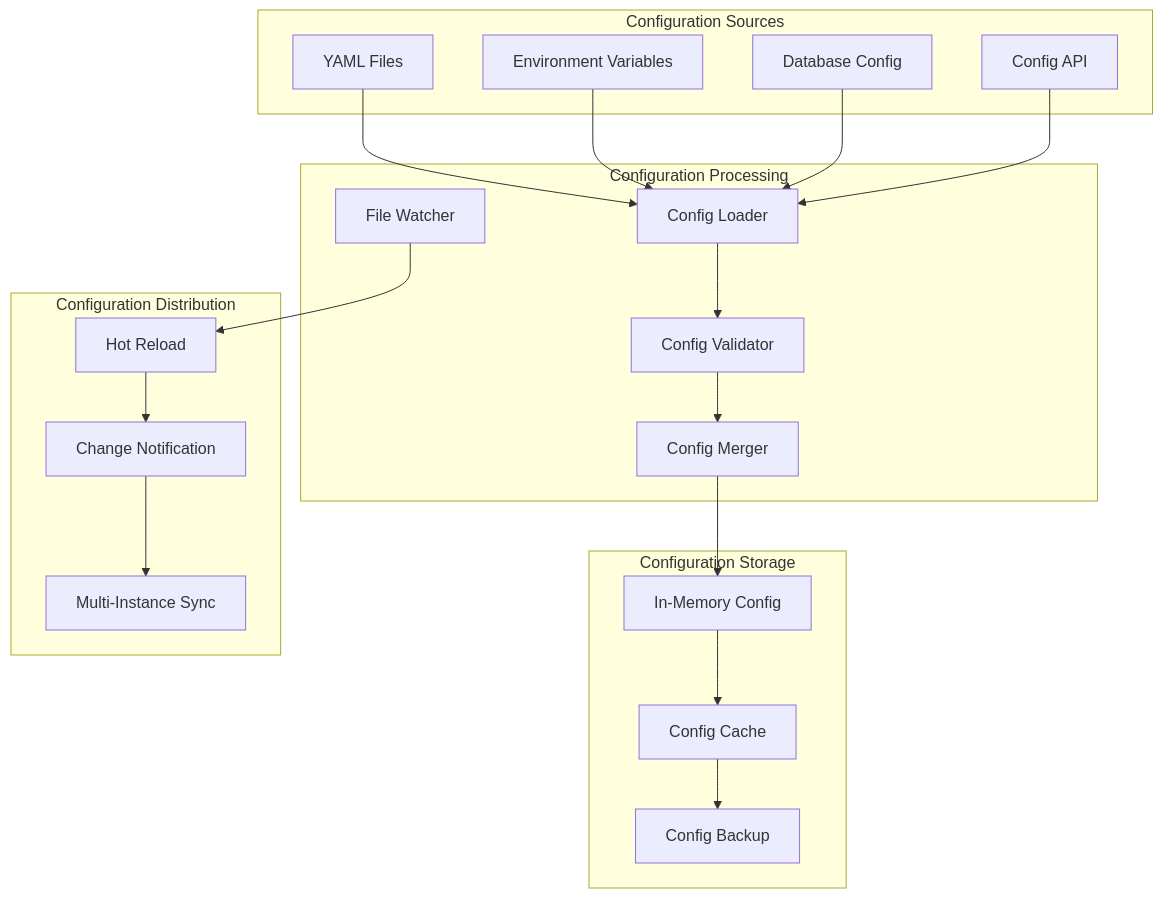
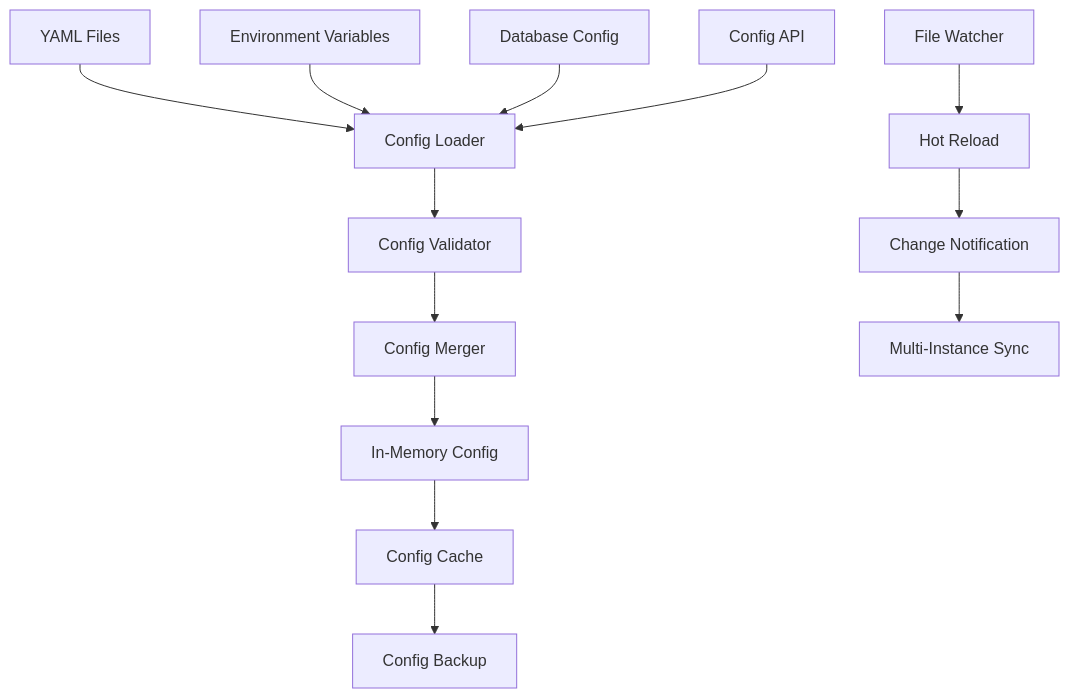
One commit to fluxsce/gateway changed the seventh of 16 diagrams in docs/guide/architecture.md. Above: the diagram before and after it, drawn with Mermaid. The commit also changed other lines of this file and 1 other file, not shown here.

Commit message:
架构图显示错误修复

````diff
--- a/docs/guide/architecture.md
+++ b/docs/guide/architecture.md
@@ -325,43 +217,17 @@
 ```mermaid
 graph TB
-    subgraph "Configuration Sources"
-        Files[YAML Files]
-        Env[Environment Variables]
-        DB[Database Config]
-        API[Config API]
-    end
+    Files[YAML Files] --> Loader[Config Loader]
+    Env[Environment Variables] --> Loader
+    DB[Database Config] --> Loader
+    API[Config API] --> Loader
     
-    subgraph "Configuration Processing"
-        Loader[Config Loader]
-        Validator[Config Validator]
-        Merger[Config Merger]
-        Watcher[File Watcher]
-    end
+    Loader --> Validator[Config Validator]
+    Validator --> Merger[Config Merger]
+    Merger --> Memory[In-Memory Config]
+    Memory --> Cache[Config Cache]
+    Cache --> Backup[Config Backup]
     
-    subgraph "Configuration Storage"
-        Memory[In-Memory Config]
-        Cache[Config Cache]
-        Backup[Config Backup]
-    end
-    
-    subgraph "Configuration Distribution"
-        HotReload[Hot Reload]
-        Notification[Change Notification]
-        Sync[Multi-Instance Sync]
-    end
-    
-    Files --> Loader
-    Env --> Loader
-    DB --> Loader
-    API --> Loader
-    
-    Loader --> Validator
-    Validator --> Merger
-    Merger --> Memory
-    Memory --> Cache
-    Cache --> Backup
-    
-    Watcher --> HotReload
-    HotReload --> Notification
-    Notification --> Sync
+    Watcher[File Watcher] --> HotReload[Hot Reload]
+    HotReload --> Notification[Change Notification]
+    Notification --> Sync[Multi-Instance Sync]
 ```
````
